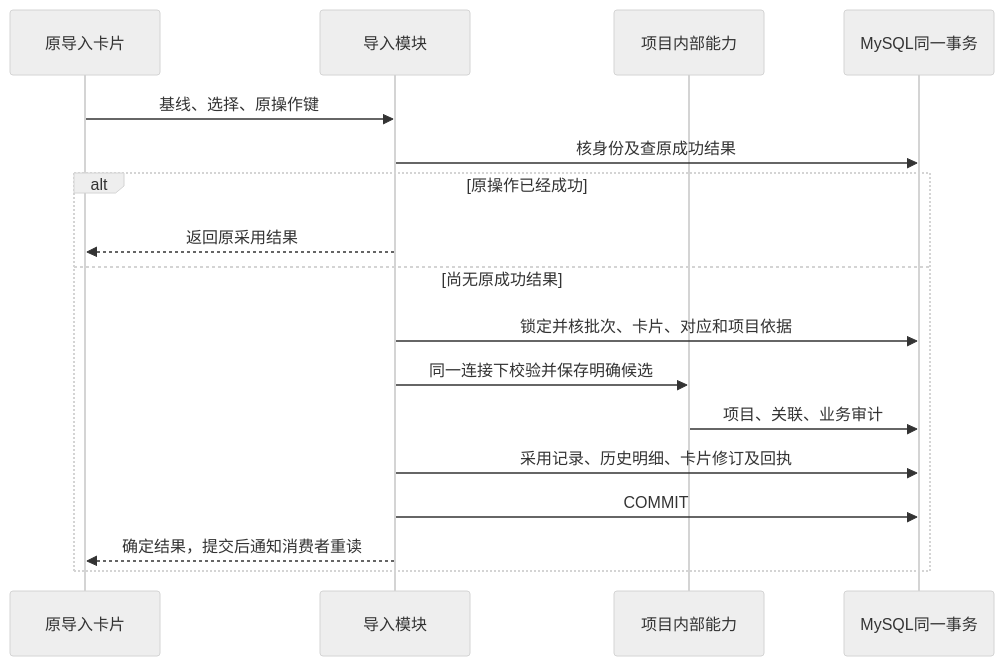
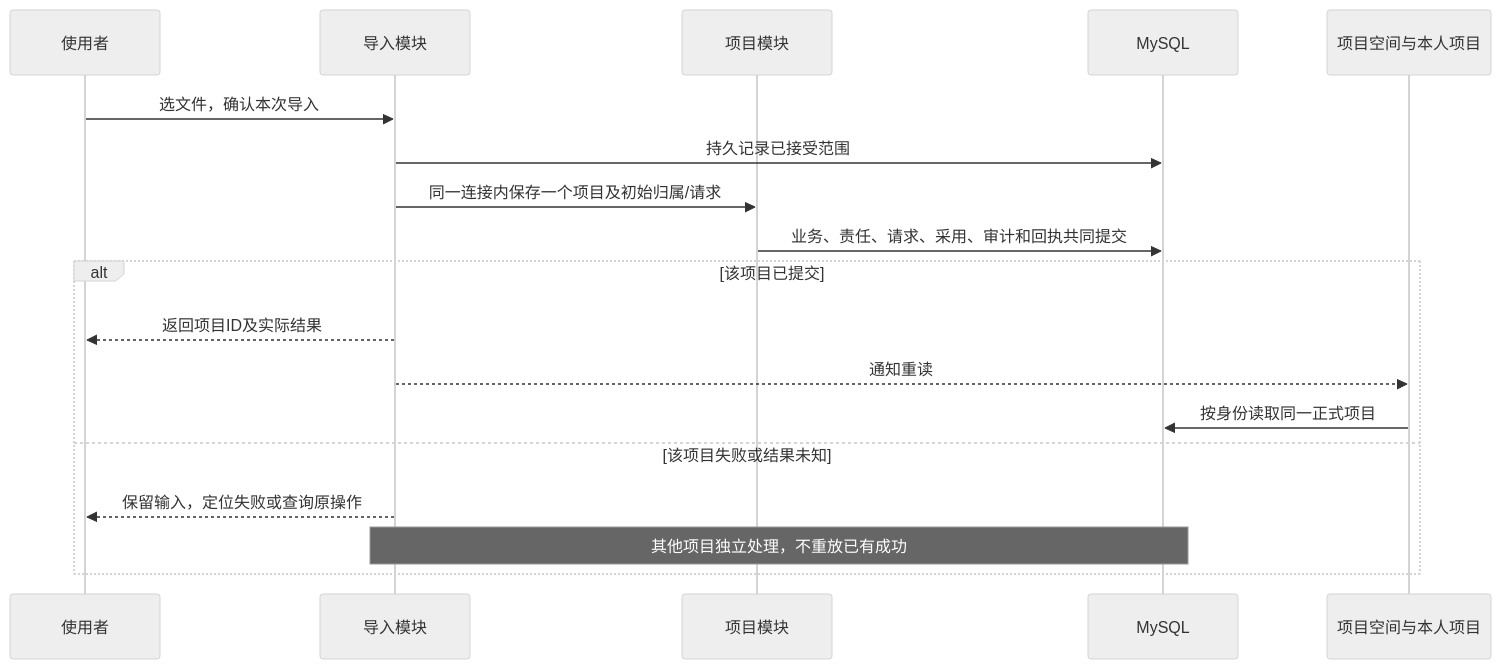
One commit to zhilihz/geekdash changed the fourth of 6 diagrams in docs/architecture/architecture.md. Above: the diagram before and after it, drawn with Mermaid (neutral theme). The commit also changed other lines of this file and 14 other files, not shown here.

````diff
--- a/docs/architecture/architecture.md
+++ b/docs/architecture/architecture.md
@@ -172,19 +139,20 @@
 ```mermaid
 sequenceDiagram
-    participant UI as 原导入卡片
-    participant IM as 导入模块
-    participant PM as 项目内部能力
-    participant DB as MySQL同一事务
-    UI->>IM: 基线、选择、原操作键
-    IM->>DB: 核身份及查原成功结果
-    alt 原操作已经成功
-      IM-->>UI: 返回原采用结果
-    else 尚无原成功结果
-      IM->>DB: 锁定并核批次、卡片、对应和项目依据
-      IM->>PM: 同一连接下校验并保存明确候选
-      PM->>DB: 项目、关联、业务审计
-      IM->>DB: 采用记录、历史明细、卡片修订及回执
-      IM->>DB: COMMIT
-      IM-->>UI: 确定结果，提交后通知消费者重读
-    end
+  participant B as 使用者
+  participant I as 导入模块
+  participant P as 项目模块
+  participant D as MySQL
+  participant V as 项目空间与本人项目
+  B->>I: 选文件，确认本次导入
+  I->>D: 持久记录已接受范围
+  I->>P: 同一连接内保存一个项目及初始归属/请求
+  P->>D: 业务、责任、请求、采用、审计和回执共同提交
+  alt 该项目已提交
+    I-->>B: 返回项目ID及实际结果
+    I-->>V: 通知重读
+    V->>D: 按身份读取同一正式项目
+  else 该项目失败或结果未知
+    I-->>B: 保留输入，定位失败或查询原操作
+    Note over I,D: 其他项目独立处理，不重放已有成功
+  end
 ```
````
